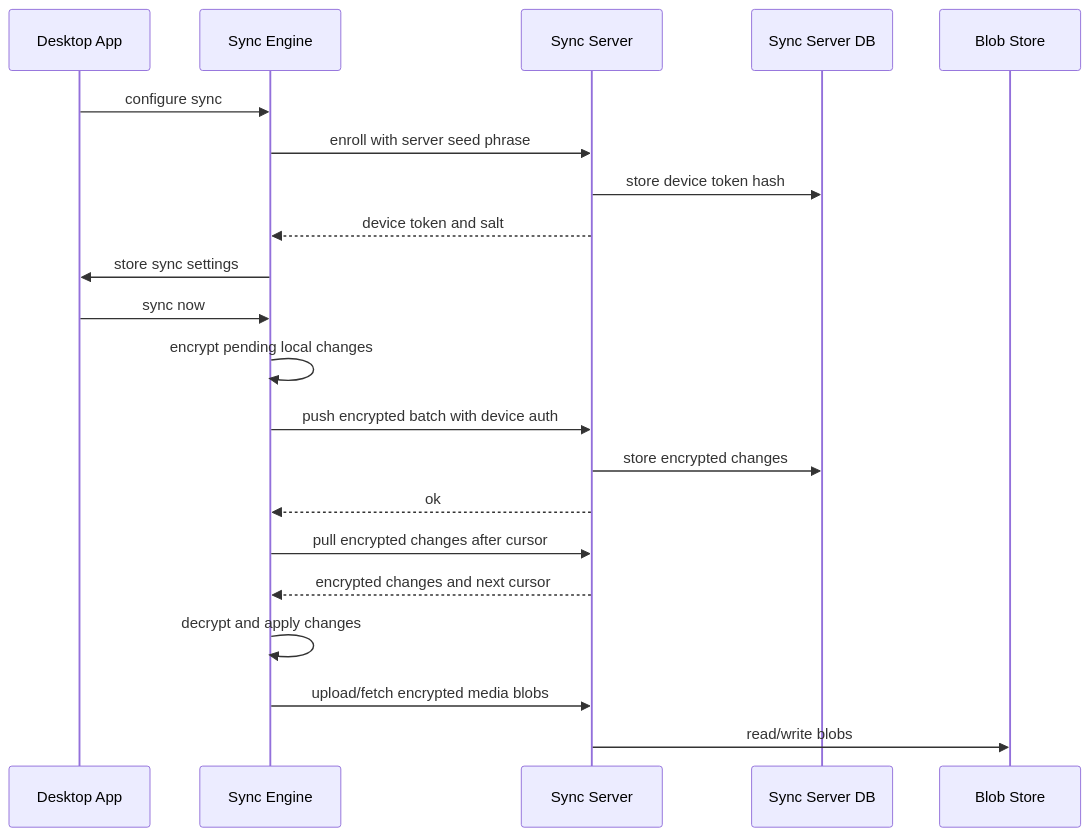
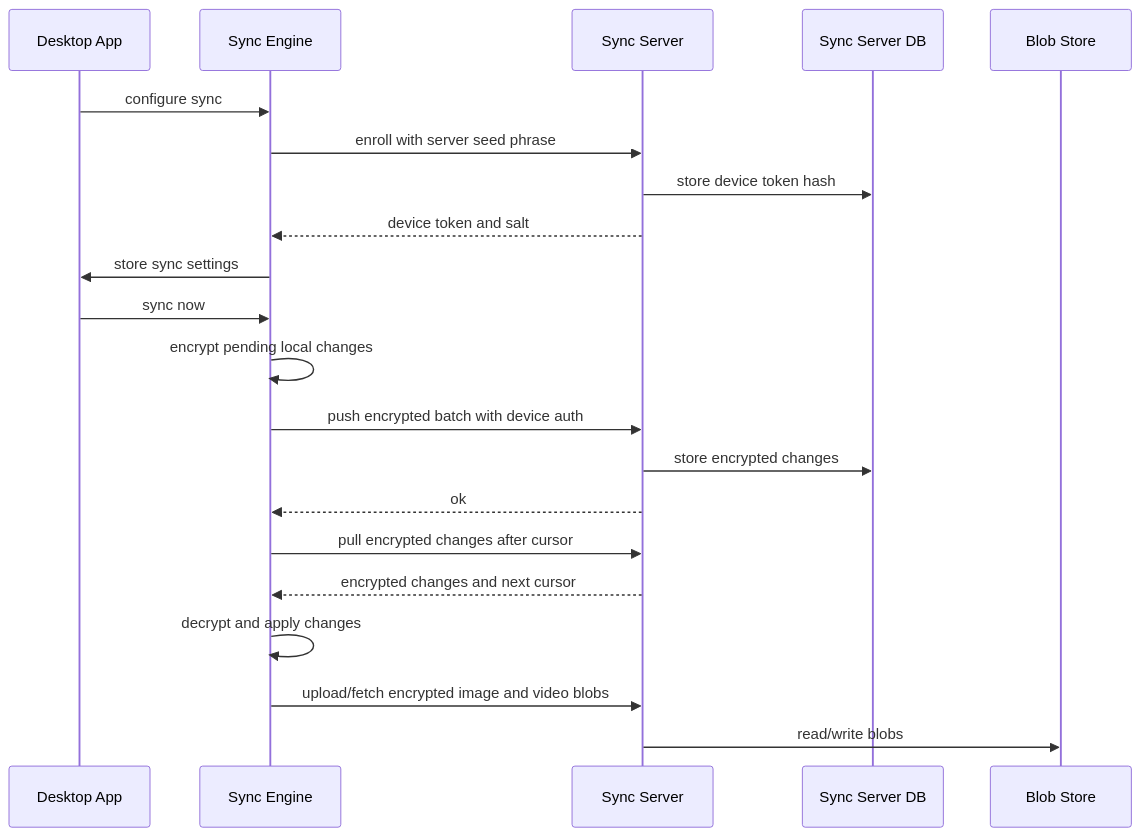
The fifth of 7 diagrams in docs/reference/flows.md (sunday-studio/aether), drawn with Mermaid before and after one commit. The commit also changed other lines of this file and 116 other files, not shown here.

````diff
--- a/docs/reference/flows.md
+++ b/docs/reference/flows.md
@@ -84,26 +75,26 @@
 ```mermaid
 sequenceDiagram
   participant D as Desktop App
   participant Engine as Sync Engine
   participant Server as Sync Server
   participant SDB as Sync Server DB
   participant Blob as Blob Store
 
   D->>Engine: configure sync
   Engine->>Server: enroll with server seed phrase
   Server->>SDB: store device token hash
   Server-->>Engine: device token and salt
   Engine->>D: store sync settings
 
   D->>Engine: sync now
   Engine->>Engine: encrypt pending local changes
   Engine->>Server: push encrypted batch with device auth
   Server->>SDB: store encrypted changes
   Server-->>Engine: ok
   Engine->>Server: pull encrypted changes after cursor
   Server-->>Engine: encrypted changes and next cursor
   Engine->>Engine: decrypt and apply changes
 
-  Engine->>Server: upload/fetch encrypted media blobs
+  Engine->>Server: upload/fetch encrypted image and video blobs
   Server->>Blob: read/write blobs
 ```
````
